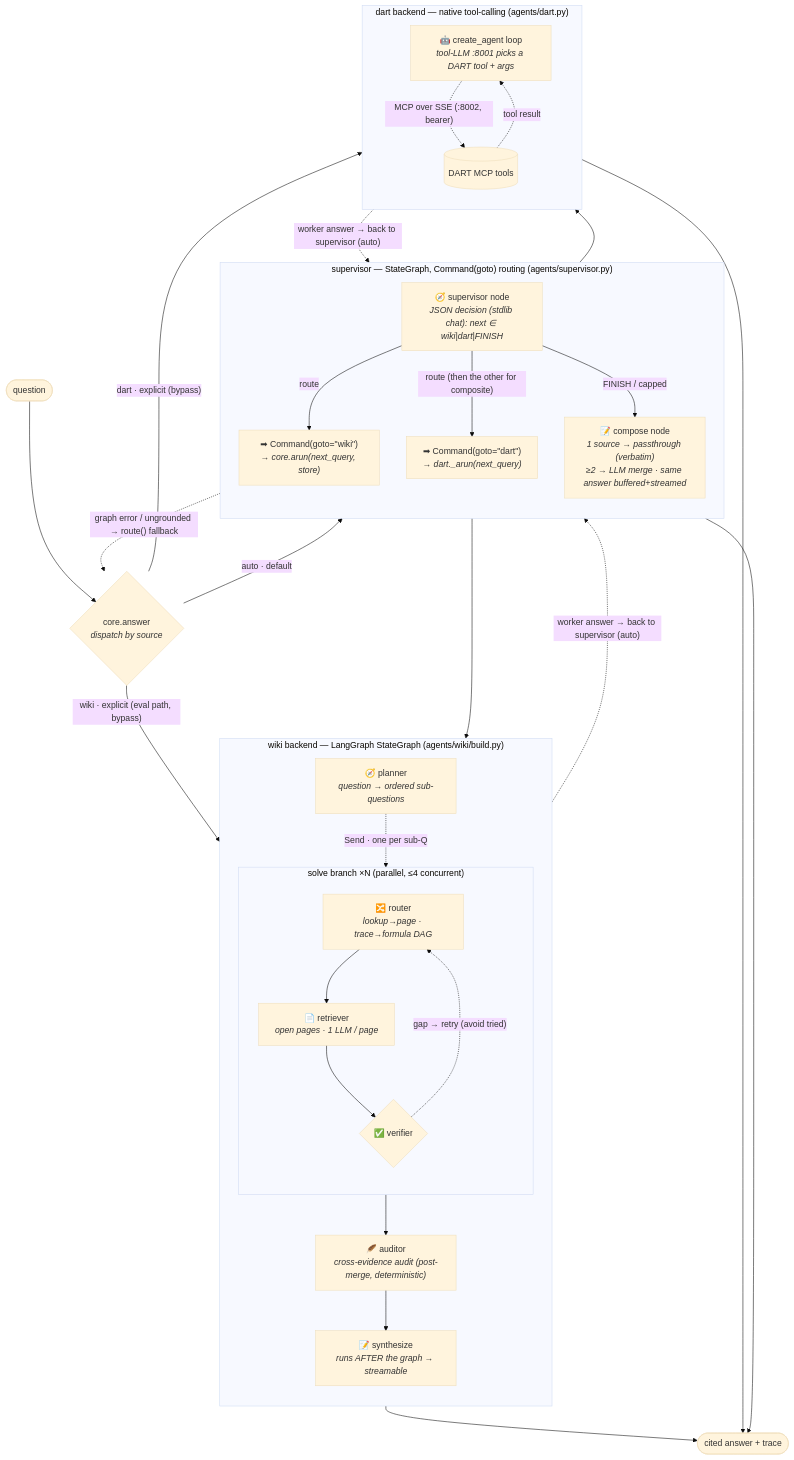
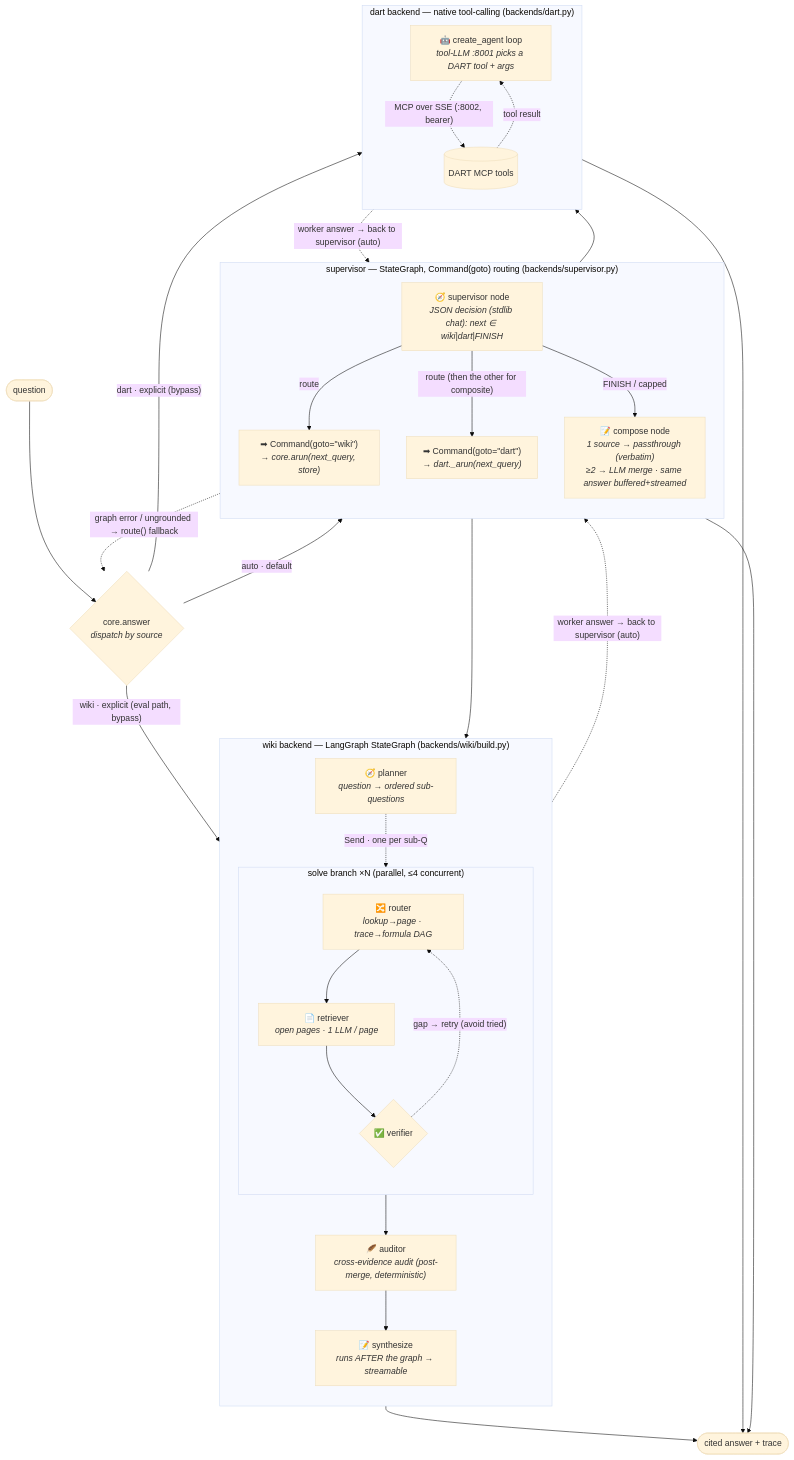
One commit to hl-hyunju-park/MA changed the first of 3 diagrams in docs/agent_graph.md. Above: the diagram before and after it, drawn with Mermaid (base theme). The commit also changed other lines of this file and 26 other files, not shown here.

First line of the commit message:
refactor(agent): rename agents/ -> backends/ and split wiki nodes.py by persona

````diff
--- a/docs/agent_graph.md
+++ b/docs/agent_graph.md
@@ -44,50 +44,50 @@
 ```mermaid
 flowchart TD;
   Q(["question"]) --> AN{"core.answer<br/><i>dispatch by source</i>"};
   AN -- "auto · default" --> SUP;
   AN -- "wiki · explicit (eval path, bypass)" --> WIKI;
   AN -- "dart · explicit (bypass)" --> DART;
 
-  subgraph SUP["supervisor — StateGraph, Command(goto) routing (agents/supervisor.py)"];
+  subgraph SUP["supervisor — StateGraph, Command(goto) routing (backends/supervisor.py)"];
     direction TB;
     SA["🧭 supervisor node<br/><i>JSON decision (stdlib chat): next ∈ wiki|dart|FINISH</i>"];
     TW["➡ Command(goto=&quot;wiki&quot;)<br/><i>→ core.arun(next_query, store)</i>"];
     TD["➡ Command(goto=&quot;dart&quot;)<br/><i>→ dart._arun(next_query)</i>"];
     SA -- "route" --> TW;
     SA -- "route (then the other for composite)" --> TD;
     SA -- "FINISH / capped" --> SC["📝 compose node<br/><i>1 source → passthrough (verbatim)<br/>≥2 → LLM merge · same answer buffered+streamed</i>"];
   end;
   SUP -. "graph error / ungrounded → route() fallback" .-> AN;
 
   TW --> WIKI;
   TD --> DART;
 
-  subgraph WIKI["wiki backend — LangGraph StateGraph (agents/wiki/build.py)"];
+  subgraph WIKI["wiki backend — LangGraph StateGraph (backends/wiki/build.py)"];
     direction TB;
     P["🧭 planner<br/><i>question → ordered sub-questions</i>"];
     subgraph SB["solve branch ×N (parallel, ≤4 concurrent)"];
       direction TB;
       R["🔀 router<br/><i>lookup→page · trace→formula DAG</i>"] --> TR["📄 retriever<br/><i>open pages · 1 LLM / page</i>"];
       TR --> V{"✅ verifier"};
       V -. "gap → retry (avoid tried)" .-> R;
     end;
     P -. "Send · one per sub-Q" .-> SB;
     SB --> AU["🪶 auditor<br/><i>cross-evidence audit (post-merge, deterministic)</i>"];
     AU --> SY["📝 synthesize<br/><i>runs AFTER the graph → streamable</i>"];
   end;
 
-  subgraph DART["dart backend — native tool-calling (agents/dart.py)"];
+  subgraph DART["dart backend — native tool-calling (backends/dart.py)"];
     direction TB;
     DA["🤖 create_agent loop<br/><i>tool-LLM :8001 picks a DART tool + args</i>"];
     DT[("DART MCP tools")];
     DA -. "MCP over SSE (:8002, bearer)" .-> DT;
     DT -. "tool result" .-> DA;
   end;
 
   WIKI -. "worker answer → back to supervisor (auto)" .-> SA;
   DART -. "worker answer → back to supervisor (auto)" .-> SA;
 
   SC --> A(["cited answer + trace"]);
   WIKI --> A;
   DART --> A;
 ```
````
